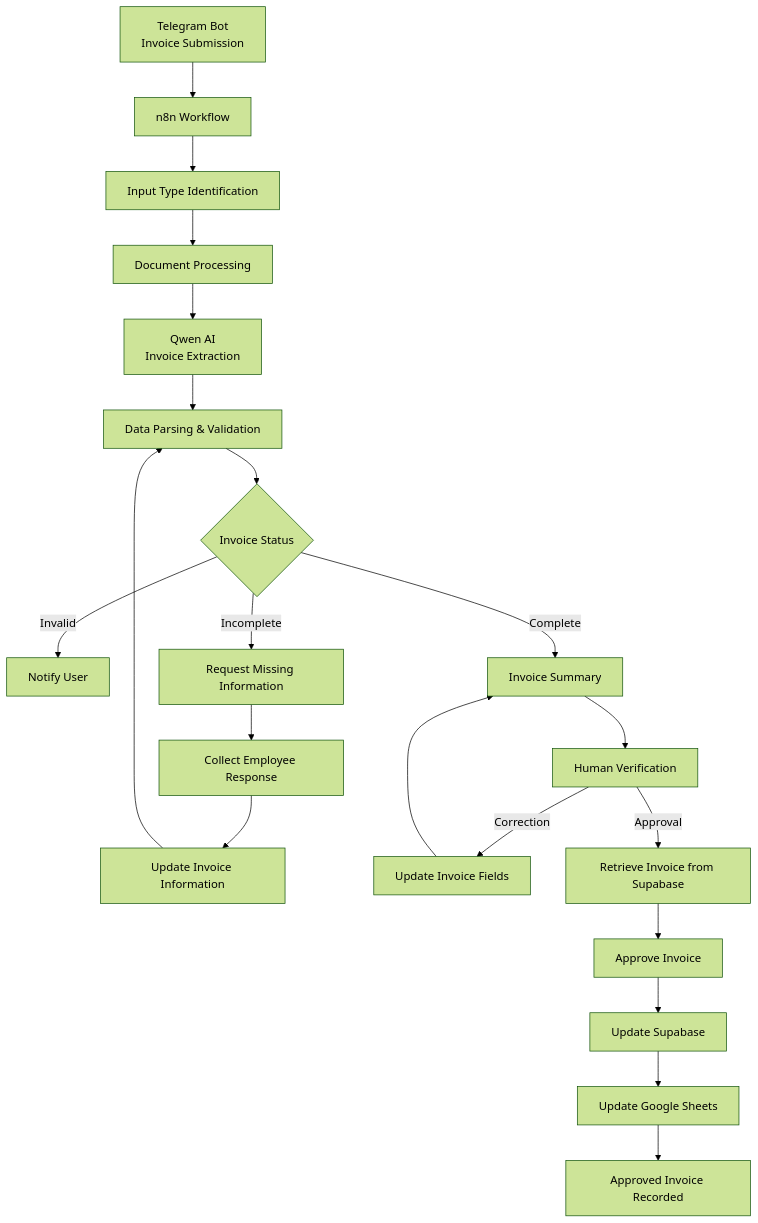
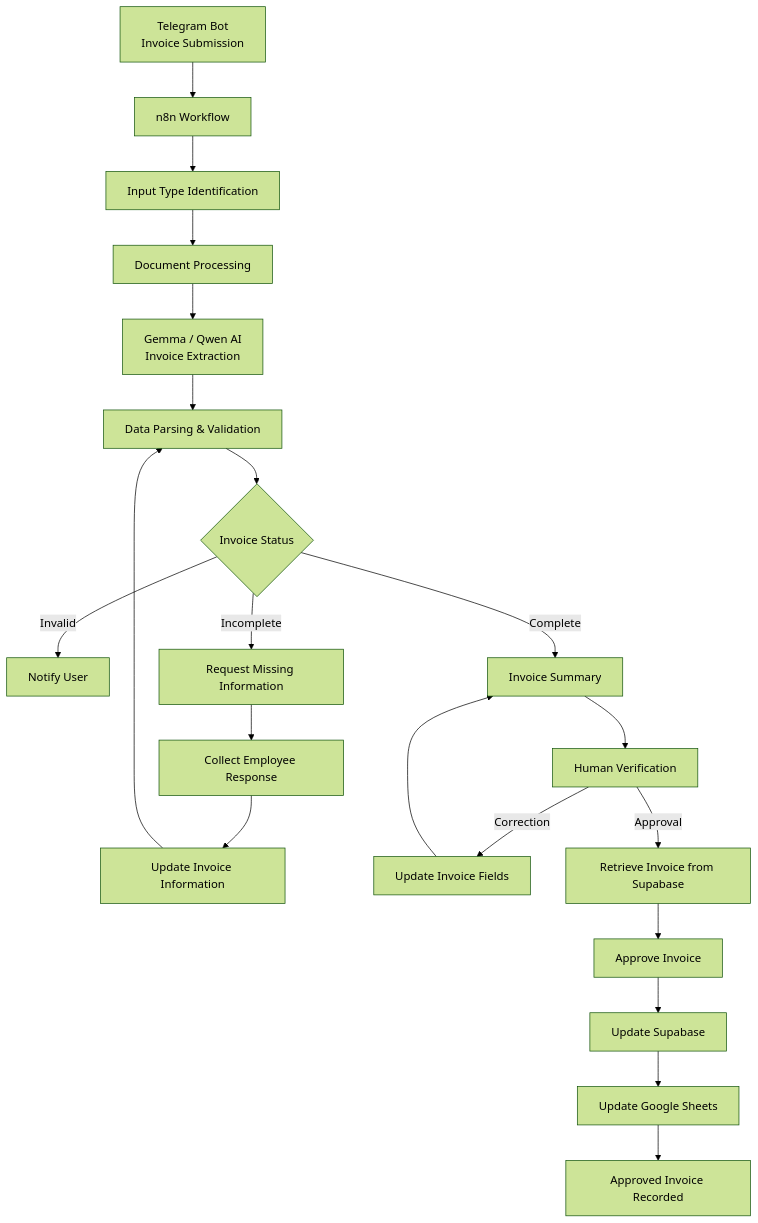
The first of 2 diagrams in Automated Invoice Lifecycle Management/readme.md (mubtasimsaadid/n8n-workflows), drawn with Mermaid (forest theme) before and after one commit.

````diff
--- a/Automated Invoice Lifecycle Management/readme.md
+++ b/Automated Invoice Lifecycle Management/readme.md
@@ -133,32 +133,32 @@
 ```mermaid
 flowchart TD
     A["Telegram Bot<br/>Invoice Submission"] --> B["n8n Workflow"]
     B --> C["Input Type Identification"]
 
     C --> D["Document Processing"]
-    D --> E["Qwen AI<br/>Invoice Extraction"]
+    D --> E["Gemma / Qwen AI<br/>Invoice Extraction"]
 
     E --> F["Data Parsing & Validation"]
 
     F --> G{"Invoice Status"}
 
     G -->|Invalid| H["Notify User"]
     G -->|Incomplete| I["Request Missing Information"]
     G -->|Complete| J["Invoice Summary"]
 
     I --> K["Collect Employee Response"]
     K --> L["Update Invoice Information"]
     L --> F
 
     J --> M["Human Verification"]
 
     M -->|Correction| N["Update Invoice Fields"]
     N --> J
 
     M -->|Approval| O["Retrieve Invoice from Supabase"]
     O --> P["Approve Invoice"]
     P --> Q["Update Supabase"]
     Q --> R["Update Google Sheets"]
 
     R --> S["Approved Invoice Recorded"]
 ```
````
